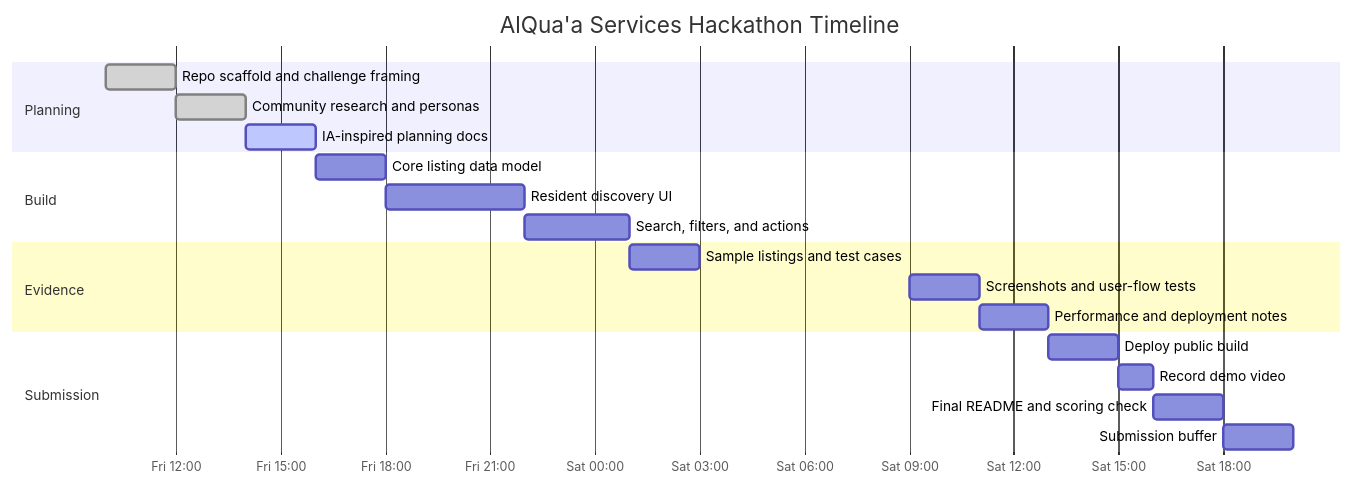
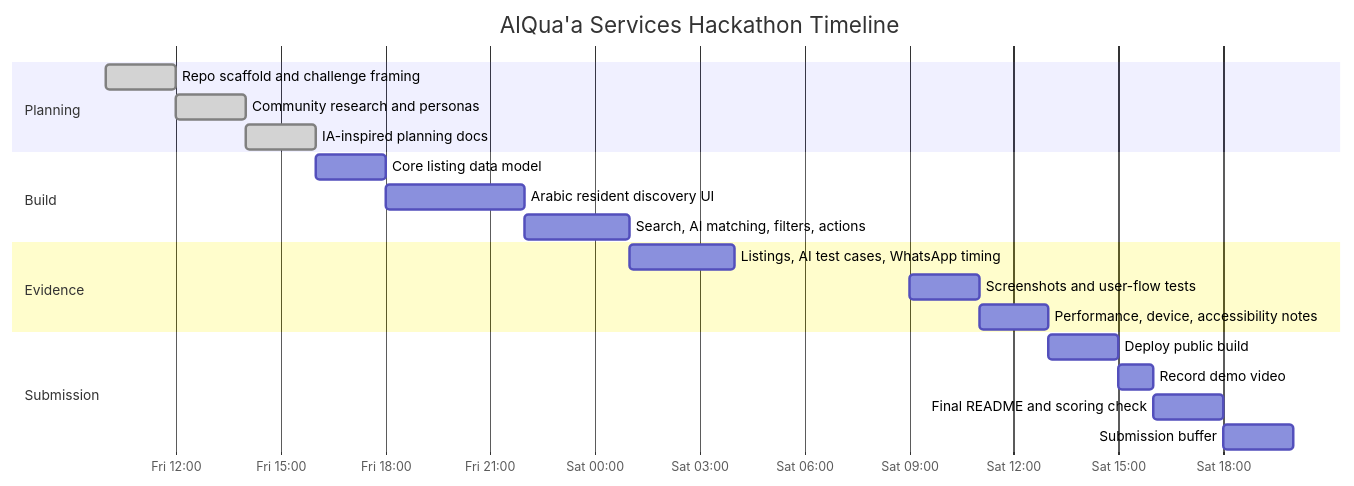
The diagram in docs/timeline.md (WebAlikm/alqua-services), drawn with Mermaid before and after one commit. The commit also changed other lines of this file and 13 other files, not shown here.

````diff
--- a/docs/timeline.md
+++ b/docs/timeline.md
@@ -19,27 +28,27 @@
 ```mermaid
 gantt
     title AlQua'a Services Hackathon Timeline
     dateFormat  YYYY-MM-DD HH:mm
     axisFormat  %a %H:%M
 
     section Planning
     Repo scaffold and challenge framing      :done,    p1, 2026-06-26 10:00, 2h
     Community research and personas          :done,    p2, 2026-06-26 12:00, 2h
-    IA-inspired planning docs                :active,  p3, 2026-06-26 14:00, 2h
+    IA-inspired planning docs                :done,    p3, 2026-06-26 14:00, 2h
 
     section Build
     Core listing data model                  :         b1, 2026-06-26 16:00, 2h
-    Resident discovery UI                    :         b2, 2026-06-26 18:00, 4h
-    Search, filters, and actions             :         b3, 2026-06-26 22:00, 3h
+    Arabic resident discovery UI             :         b2, 2026-06-26 18:00, 4h
+    Search, AI matching, filters, actions    :         b3, 2026-06-26 22:00, 3h
 
     section Evidence
-    Sample listings and test cases           :         e1, 2026-06-27 01:00, 2h
+    Listings, AI test cases, WhatsApp timing :         e1, 2026-06-27 01:00, 3h
     Screenshots and user-flow tests          :         e2, 2026-06-27 09:00, 2h
-    Performance and deployment notes         :         e3, 2026-06-27 11:00, 2h
+    Performance, device, accessibility notes :         e3, 2026-06-27 11:00, 2h
 
     section Submission
     Deploy public build                      :         s1, 2026-06-27 13:00, 2h
     Record demo video                        :         s2, 2026-06-27 15:00, 1h
     Final README and scoring check           :         s3, 2026-06-27 16:00, 2h
     Submission buffer                        :         s4, 2026-06-27 18:00, 2h
 ```
````
